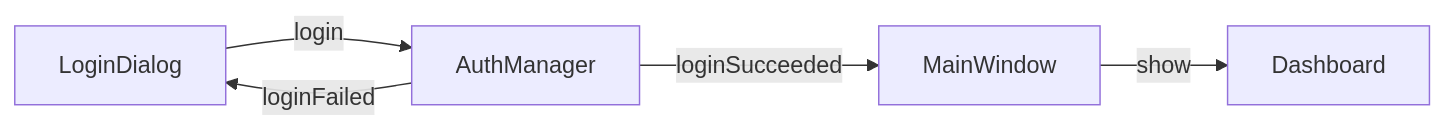
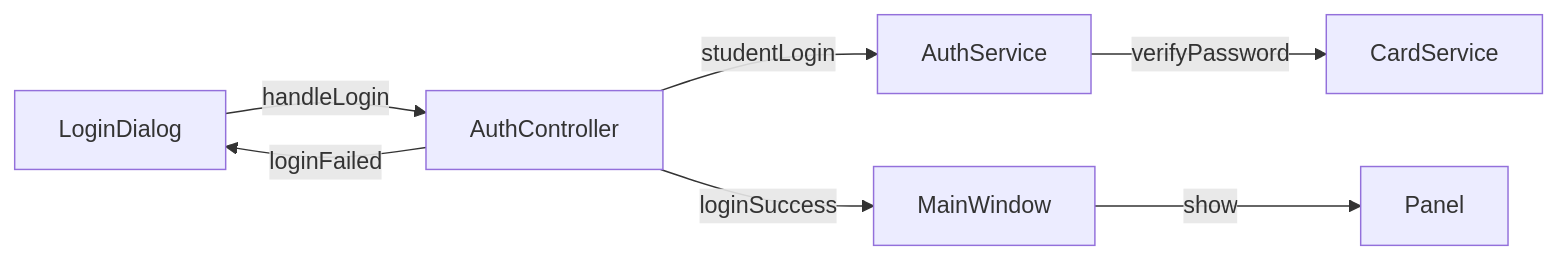
The second of 4 diagrams in docs/api/signals-slots.md (AstroAir/software-design), drawn with Mermaid before and after one commit. The commit also changed other lines of this file and 6 other files, not shown here.

Commit message:
Update documentation to reflect MVC architecture refactoring, rename managers to services/controllers, and reorganize API reference structure

````diff
--- a/docs/api/signals-slots.md
+++ b/docs/api/signals-slots.md
@@ -246,7 +290,9 @@
 ```mermaid
 flowchart LR
-    A[LoginDialog] -->|login| B[AuthManager]
-    B -->|loginSucceeded| C[MainWindow]
+    A[LoginDialog] -->|handleLogin| B[AuthController]
+    B -->|studentLogin| C[AuthService]
+    C -->|verifyPassword| D[CardService]
+    B -->|loginSuccess| E[MainWindow]
     B -->|loginFailed| A
-    C -->|show| D[Dashboard]
+    E -->|show| F[Panel]
 ```
````
